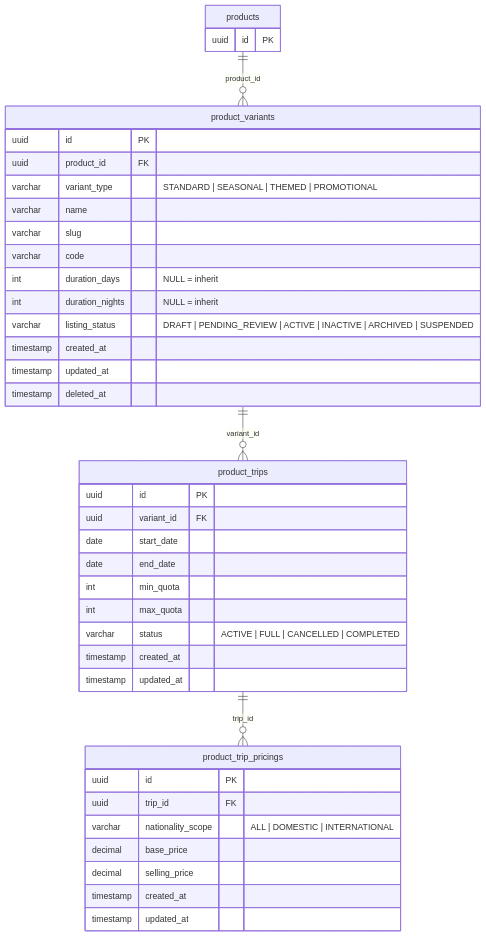
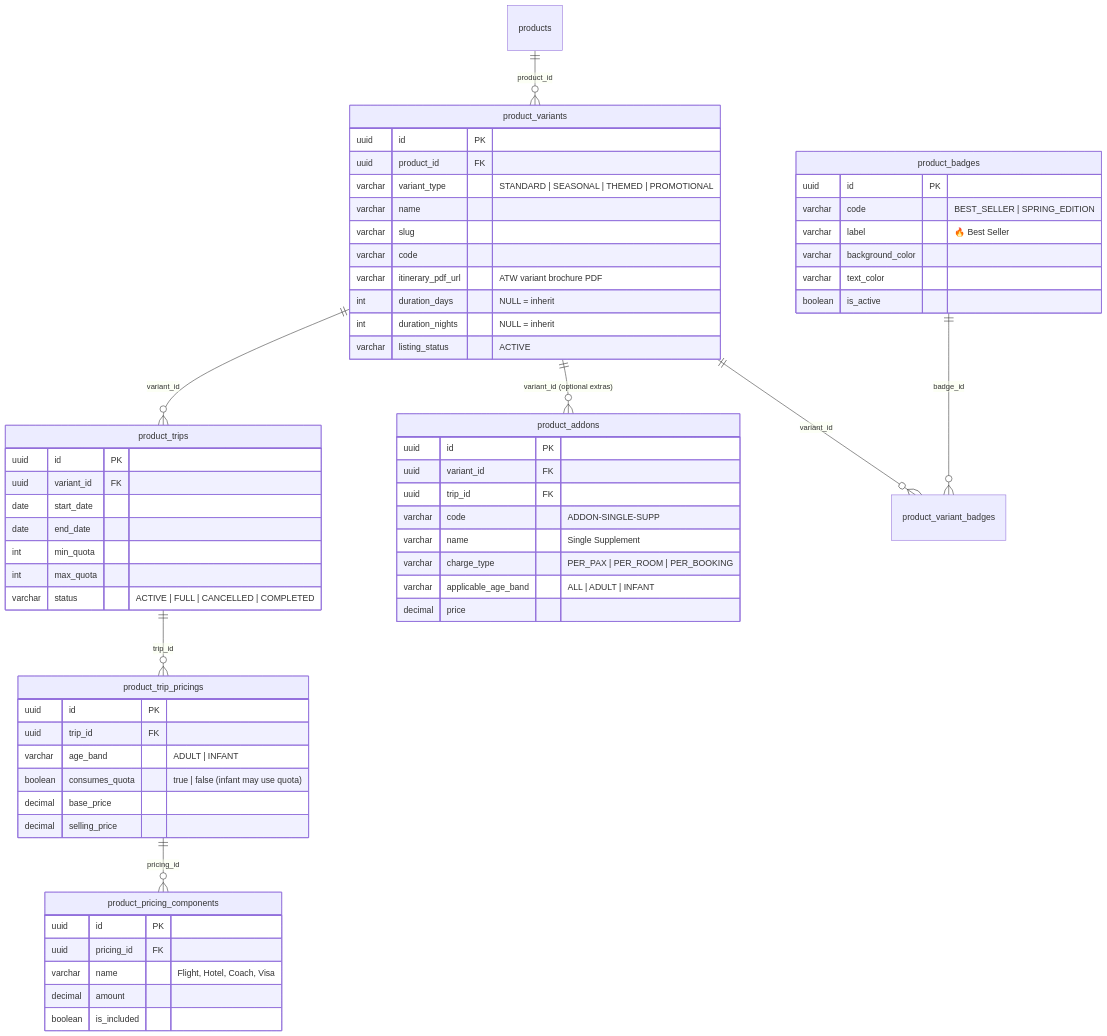
The third of 8 diagrams in technical/product-technical-design.md (Haris-saifudin/hobiholidays-documentations), drawn with Mermaid before and after one commit. The commit also changed other lines of this file and 7 other files, not shown here.

First line of the commit message:
docs(product): introduce 2-tier categories, variant itinerary fallback, itemized pricing, and badges

````diff
--- a/technical/product-technical-design.md
+++ b/technical/product-technical-design.md
@@ -502,47 +625,70 @@
 ```mermaid
 erDiagram
-    products {
-        uuid id PK
-    }
+    products              ||--o{ product_variants          : "product_id"
+    product_variants      ||--o{ product_trips             : "variant_id"
+    product_trips         ||--o{ product_trip_pricings      : "trip_id"
+    product_trip_pricings ||--o{ product_pricing_components: "pricing_id"
+    product_variants      ||--o{ product_addons            : "variant_id (optional extras)"
+    product_variants      ||--o{ product_variant_badges    : "variant_id"
+    product_badges        ||--o{ product_variant_badges    : "badge_id"
 
     product_variants {
-        uuid      id              PK
-        uuid      product_id      FK
-        varchar   variant_type    "STANDARD | SEASONAL | THEMED | PROMOTIONAL"
+        uuid      id                 PK
+        uuid      product_id         FK
+        varchar   variant_type       "STANDARD | SEASONAL | THEMED | PROMOTIONAL"
         varchar   name
         varchar   slug
         varchar   code
-        int       duration_days   "NULL = inherit"
-        int       duration_nights "NULL = inherit"
-        varchar   listing_status  "DRAFT | PENDING_REVIEW | ACTIVE | INACTIVE | ARCHIVED | SUSPENDED"
-        timestamp created_at
-        timestamp updated_at
-        timestamp deleted_at
+        varchar   itinerary_pdf_url  "ATW variant brochure PDF"
+        int       duration_days      "NULL = inherit"
+        int       duration_nights    "NULL = inherit"
+        varchar   listing_status     "ACTIVE"
+    }
+
+    product_badges {
+        uuid      id                 PK
+        varchar   code               "BEST_SELLER | SPRING_EDITION"
+        varchar   label              "🔥 Best Seller"
+        varchar   background_color
+        varchar   text_color
+        boolean   is_active
     }
 
     product_trips {
         uuid      id         PK
         uuid      variant_id FK
         date      start_date
         date      end_date
         int       min_quota
         int       max_quota
         varchar   status     "ACTIVE | FULL | CANCELLED | COMPLETED"
-        timestamp created_at
-        timestamp updated_at
     }
 
     product_trip_pricings {
-        uuid       id                PK
-        uuid       trip_id           FK
-        varchar    nationality_scope "ALL | DOMESTIC | INTERNATIONAL"
+        uuid       id             PK
+        uuid       trip_id        FK
+        varchar    age_band       "ADULT | INFANT"
+        boolean    consumes_quota "true | false (infant may use quota)"
         decimal    base_price
         decimal    selling_price
-        timestamp  created_at
-        timestamp  updated_at
     }
 
-    products          ||--o{ product_variants    : "product_id"
-    product_variants  ||--o{ product_trips       : "variant_id"
-    product_trips     ||--o{ product_trip_pricings: "trip_id"
+    product_pricing_components {
+        uuid       id             PK
+        uuid       pricing_id     FK
+        varchar    name           "Flight, Hotel, Coach, Visa"
+        decimal    amount
+        boolean    is_included
+    }
+
+    product_addons {
+        uuid       id                  PK
+        uuid       variant_id          FK
+        uuid       trip_id             FK
+        varchar    code                "ADDON-SINGLE-SUPP"
+        varchar    name                "Single Supplement"
+        varchar    charge_type         "PER_PAX | PER_ROOM | PER_BOOKING"
+        varchar    applicable_age_band "ALL | ADULT | INFANT"
+        decimal    price
+    }
 ```
````
